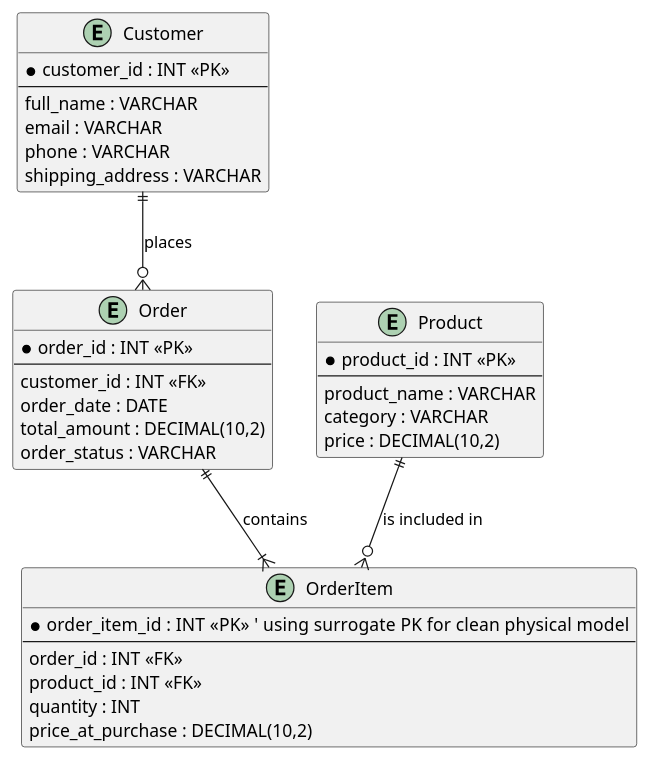
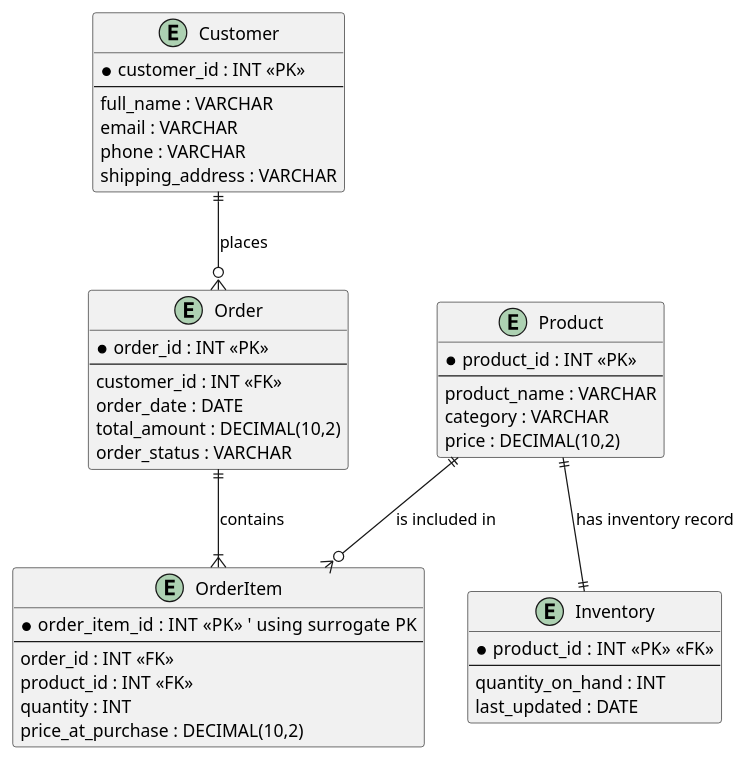
One commit to Airlectric/Amalitech-DEM03-Inventory-and-Order-Management-System changed the diagram in er_diagram/er_diagram_code.puml. Above: the diagram before and after it, drawn with PlantUML. The commit also changed 2 other files, not shown here.

Commit message:
included inventory in the er diagram

```diff
--- a/er_diagram/er_diagram_code.puml
+++ b/er_diagram/er_diagram_code.puml
@@ -1,44 +1,54 @@
 @startuml
 
 entity Customer {
   *customer_id : INT <<PK>>
   --
   full_name : VARCHAR
   email : VARCHAR
   phone : VARCHAR
   shipping_address : VARCHAR
 }
 
 entity Product {
   *product_id : INT <<PK>>
   --
   product_name : VARCHAR
   category : VARCHAR
   price : DECIMAL(10,2)
 }
 
 entity "Order" as OrderEnt {
   *order_id : INT <<PK>>
   --
   customer_id : INT <<FK>>
   order_date : DATE
   total_amount : DECIMAL(10,2)
   order_status : VARCHAR
 }
 
 entity OrderItem {
-  *order_item_id : INT <<PK>>   ' using surrogate PK for clean physical model
+  *order_item_id : INT <<PK>>   ' using surrogate PK 
   --
   order_id : INT <<FK>>
   product_id : INT <<FK>>
   quantity : INT
   price_at_purchase : DECIMAL(10,2)
+}
+
+entity Inventory {
+  *product_id : INT <<PK>>  <<FK>>     
+  --
+  quantity_on_hand : INT
+  last_updated : DATE
 }
 
 ' --------- Relationships ---------
 
 Customer ||--o{ OrderEnt : "places"
 OrderEnt ||--|{ OrderItem : "contains"
 Product ||--o{ OrderItem : "is included in"
 
+' Inventory relationship
+Product ||--|| Inventory : "has inventory record"
+
 @enduml
```
